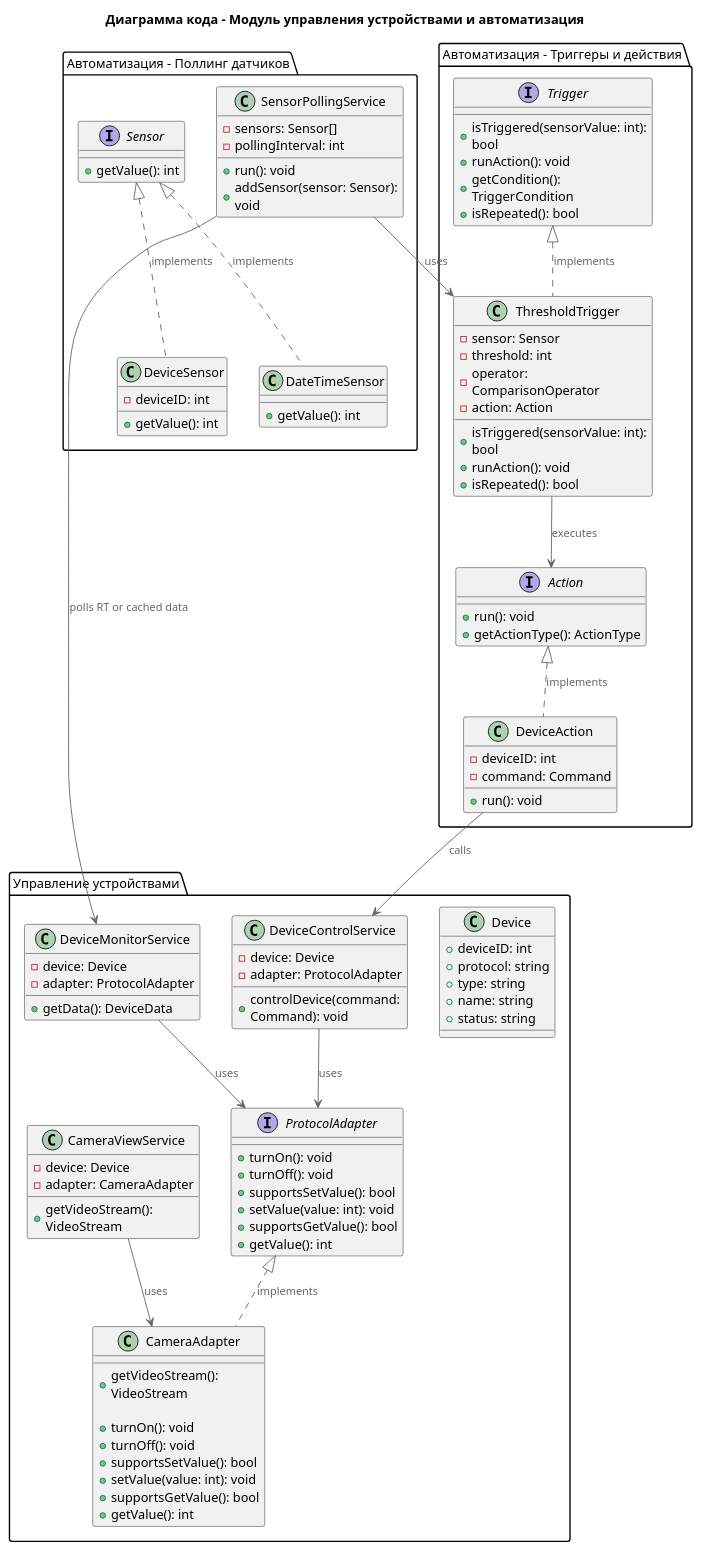
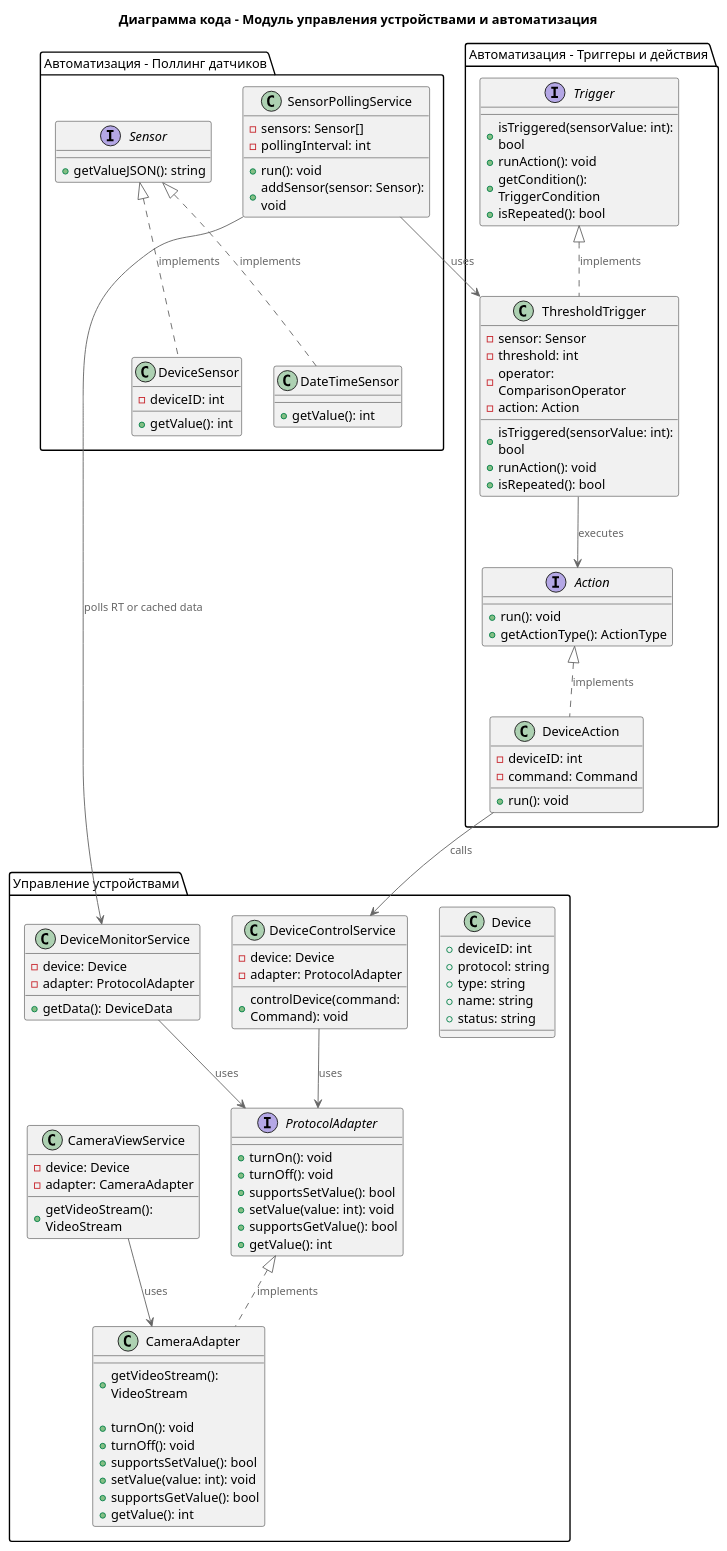
The diagram in architecture/code-diagram.puml (adilyas/architecture-warmhouse), drawn with PlantUML before and after one commit. The commit also changed 6 other files, not shown here.

```diff
--- a/architecture/code-diagram.puml
+++ b/architecture/code-diagram.puml
@@ -1,122 +1,122 @@
 @startuml C4_Code
 !include https://raw.githubusercontent.com/plantuml-stdlib/C4-PlantUML/master/C4_Component.puml
 
 title Диаграмма кода - Модуль управления устройствами и автоматизация
 
 package "Управление устройствами" {
     interface ProtocolAdapter {
         +turnOn(): void
         +turnOff(): void
         +supportsSetValue(): bool
         +setValue(value: int): void
         +supportsGetValue(): bool
         +getValue(): int
     }
 
     class CameraAdapter {
         +getVideoStream(): VideoStream
 
         +turnOn(): void
         +turnOff(): void
         +supportsSetValue(): bool
         +setValue(value: int): void
         +supportsGetValue(): bool
         +getValue(): int
     }
 
     class Device {
         +deviceID: int
         +protocol: string
         +type: string
         +name: string
         +status: string
     }
 
     class DeviceControlService {
         -device: Device
         -adapter: ProtocolAdapter
         +controlDevice(command: Command): void
     }
 
     class DeviceMonitorService {
         -device: Device
         -adapter: ProtocolAdapter
         +getData(): DeviceData
     }
 
     class CameraViewService {
         -device: Device
         -adapter: CameraAdapter
         +getVideoStream(): VideoStream
     }
 }
 
 package "Автоматизация - Поллинг датчиков" {
     class SensorPollingService {
         -sensors: Sensor[]
         -pollingInterval: int
         +run(): void
         +addSensor(sensor: Sensor): void
     }
 
     interface Sensor {
-        +getValue(): int
+        +getValueJSON(): string
     }
 
     class DeviceSensor {
         -deviceID: int
         +getValue(): int
     }
 
     class DateTimeSensor {
         +getValue(): int
     }
 }
 
 package "Автоматизация - Триггеры и действия" {
     interface Trigger {
         +isTriggered(sensorValue: int): bool
         +runAction(): void
         +getCondition(): TriggerCondition
         +isRepeated(): bool
     }
 
     class ThresholdTrigger {
         -sensor: Sensor
         -threshold: int
         -operator: ComparisonOperator
         -action: Action
         +isTriggered(sensorValue: int): bool
         +runAction(): void
         +isRepeated(): bool
     }
 
     interface Action {
         +run(): void
         +getActionType(): ActionType
     }
 
     class DeviceAction {
         -deviceID: int
         -command: Command
         +run(): void
     }
 }
 
 ProtocolAdapter <|.. CameraAdapter : implements
 DeviceControlService --> ProtocolAdapter : uses
 DeviceMonitorService --> ProtocolAdapter : uses
 CameraViewService --> CameraAdapter : uses
 
 SensorPollingService --> DeviceMonitorService : polls RT or cached data
 Sensor <|.. DeviceSensor : implements
 Sensor <|.. DateTimeSensor : implements
 
 Trigger <|.. ThresholdTrigger : implements
 Action <|.. DeviceAction : implements
 ThresholdTrigger --> Action : executes
 
 DeviceAction --> DeviceControlService : calls
 SensorPollingService --> ThresholdTrigger : uses
 
 @enduml
```
